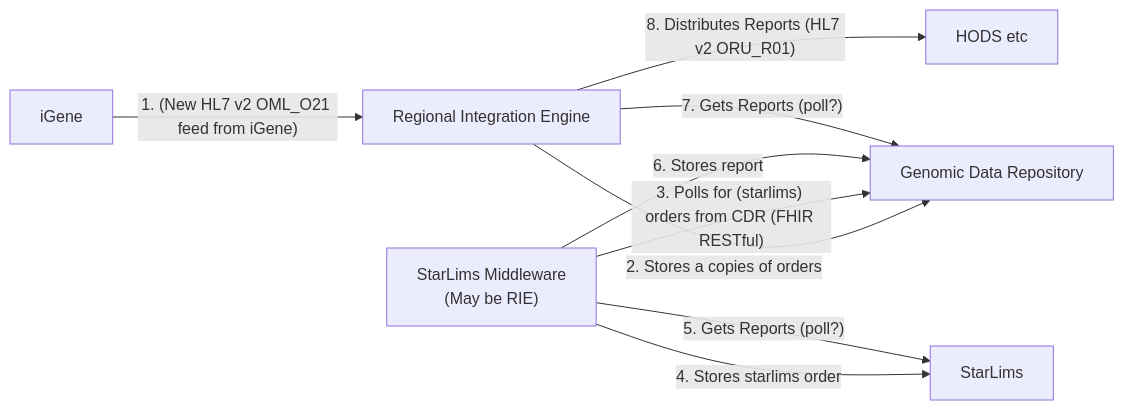
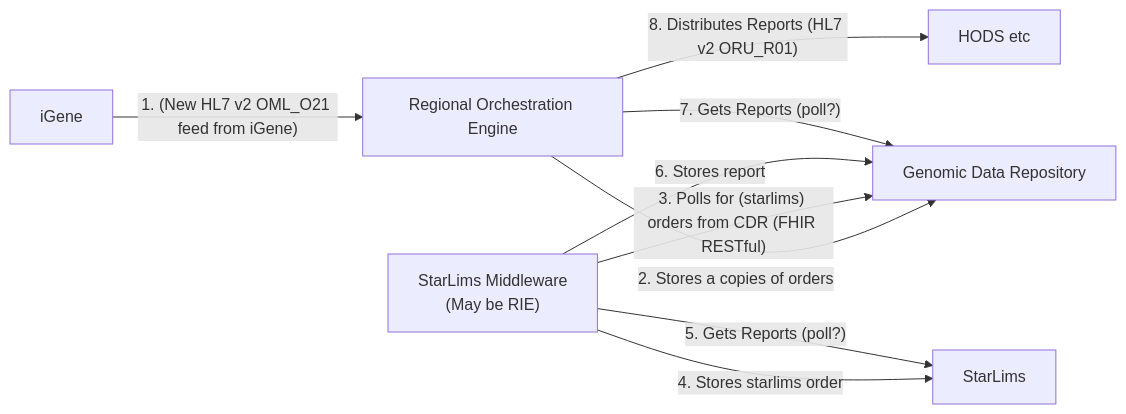
One commit to uk-gov-mirror/nw-gmsa.nw-gmsa.github.com changed the fourth of 7 diagrams in input/pagecontent/business-analysis.md. Above: the diagram before and after it, drawn with Mermaid. The commit also changed other lines of this file and 55 other files, not shown here.

````diff
--- a/input/pagecontent/business-analysis.md
+++ b/input/pagecontent/business-analysis.md
@@ -339,14 +339,14 @@
 ```mermaid
 graph LR
-    IGene[iGene] --> |"1. (New HL7 v2 OML_O21 feed from iGene)"| RIE[Regional Integration Engine] 
+    IGene[iGene] --> |"1. (New HL7 v2 OML_O21 feed from iGene)"| RIE[Regional Orchestration Engine] 
     RIE --> |"2. Stores a copies of orders"| CDR[Genomic Data Repository]
     StarLimsMiddleware["StarLims Middleware <br/>(May be RIE)"] --> |"3. Polls for (starlims) orders from CDR (FHIR RESTful)"| CDR
     StarLimsMiddleware --> |"4. Stores starlims order"| StarLims
     StarLimsMiddleware --> |"5. Gets Reports (poll?)"| StarLims
     StarLimsMiddleware --> |"6. Stores report"| CDR
     RIE --> |"7. Gets Reports (poll?)"| CDR
     RIE --> |"8. Distributes Reports (HL7 v2 ORU_R01)"| HODS[HODS etc]
 
     classDef purple fill:#E1D5E7;
     class OrderPlacer,OrderFiller purple
 ```
````
